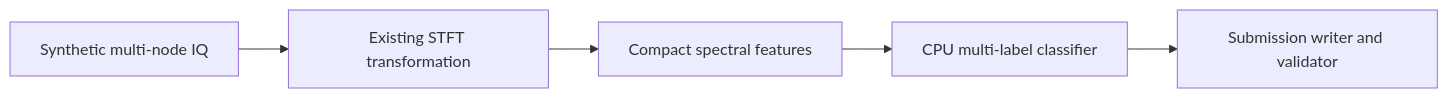
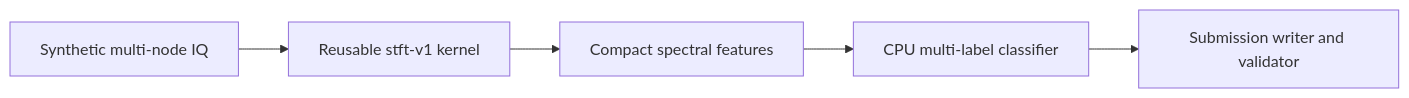
Before and after one commit to littlecookie0722/wairc-2026: the second of 2 diagrams in docs/architecture.md, drawn with Mermaid. The commit also changed other lines of this file and 9 other files, not shown here.

Commit message:
refactor: isolate reusable stft kernel

````diff
--- a/docs/architecture.md
+++ b/docs/architecture.md
@@ -25,7 +25,7 @@
 ```mermaid
 flowchart LR
-    A["Synthetic multi-node IQ"] --> B["Existing STFT transformation"]
+    A["Synthetic multi-node IQ"] --> B["Reusable stft-v1 kernel"]
     B --> C["Compact spectral features"]
     C --> D["CPU multi-label classifier"]
     D --> E["Submission writer and validator"]
 ```
````
